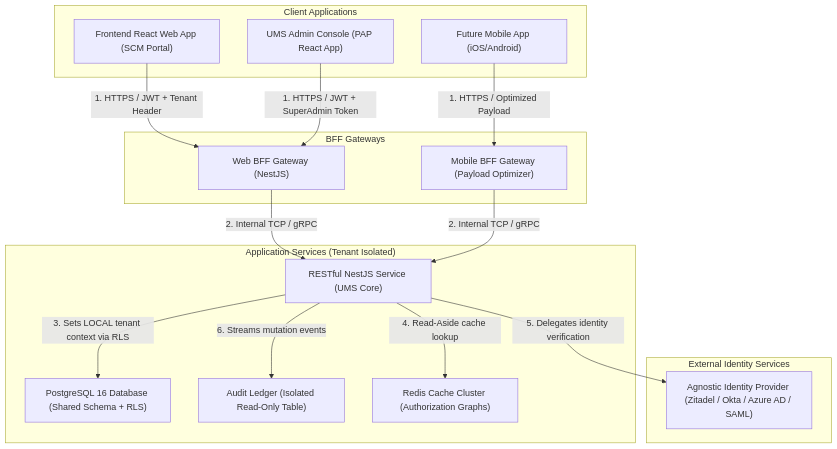
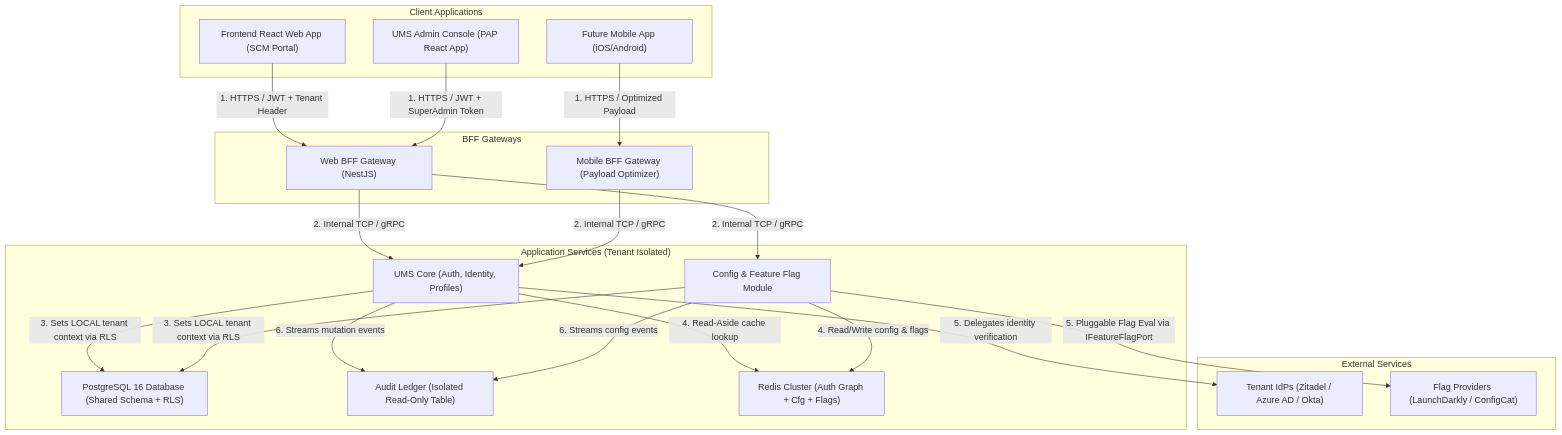
Before and after one commit to beyondnetcode/arc32_nodejs_progresive_monolith: the second of 3 diagrams in ums-workspace/docs/02-architecture/architecture-spec.md, drawn with Mermaid. The commit also changed other lines of this file and 4 other files, not shown here.

Commit message:
feat(bmad): integrate hierarchical config resolution & C4 updates - UC-09, overrides strategy, business-context alignment

````diff
--- a/ums-workspace/docs/02-architecture/architecture-spec.md
+++ b/ums-workspace/docs/02-architecture/architecture-spec.md
@@ -62,34 +64,41 @@
 ```mermaid
 graph TD
     subgraph Clients["Client Applications"]
         ReactApp["Frontend React Web App (SCM Portal)"]
         AdminApp["UMS Admin Console (PAP React App)"]
         MobileApp["Future Mobile App (iOS/Android)"]
     end
 
     subgraph Gateways["BFF Gateways"]
         WebBFF["Web BFF Gateway (NestJS)"]
         MobileBFF["Mobile BFF Gateway (Payload Optimizer)"]
     end
 
     subgraph Server["Application Services (Tenant Isolated)"]
-        NestAPI["RESTful NestJS Service (UMS Core)"]
+        NestAPI["UMS Core (Auth, Identity, Profiles)"]
+        ConfigAPI["Config & Feature Flag Module"]
         PostgresDB["PostgreSQL 16 Database (Shared Schema + RLS)"]
         AuditDB["Audit Ledger (Isolated Read-Only Table)"]
-        RedisCache["Redis Cache Cluster (Authorization Graphs)"]
+        RedisCache["Redis Cluster (Auth Graph + Cfg + Flags)"]
     end
 
-    subgraph ExternalServices["External Identity Services"]
-        ExternalIdP["Agnostic Identity Provider (Zitadel / Okta / Azure AD / SAML)"]
+    subgraph ExternalServices["External Services"]
+        ExternalIdP["Tenant IdPs (Zitadel / Azure AD / Okta)"]
+        ExternalProviders["Flag Providers (LaunchDarkly / ConfigCat)"]
     end
 
     ReactApp -->|1. HTTPS / JWT + Tenant Header| WebBFF
     AdminApp -->|1. HTTPS / JWT + SuperAdmin Token| WebBFF
     MobileApp -->|1. HTTPS / Optimized Payload| MobileBFF
     WebBFF -->|2. Internal TCP / gRPC| NestAPI
+    WebBFF -->|2. Internal TCP / gRPC| ConfigAPI
     MobileBFF -->|2. Internal TCP / gRPC| NestAPI
     NestAPI -->|3. Sets LOCAL tenant context via RLS| PostgresDB
+    ConfigAPI -->|3. Sets LOCAL tenant context via RLS| PostgresDB
     NestAPI -->|4. Read-Aside cache lookup| RedisCache
+    ConfigAPI -->|4. Read/Write config & flags| RedisCache
     NestAPI -->|5. Delegates identity verification| ExternalIdP
+    ConfigAPI -->|5. Pluggable Flag Eval via IFeatureFlagPort| ExternalProviders
     NestAPI -->|6. Streams mutation events| AuditDB
+    ConfigAPI -->|6. Streams config events| AuditDB
 ```
````
